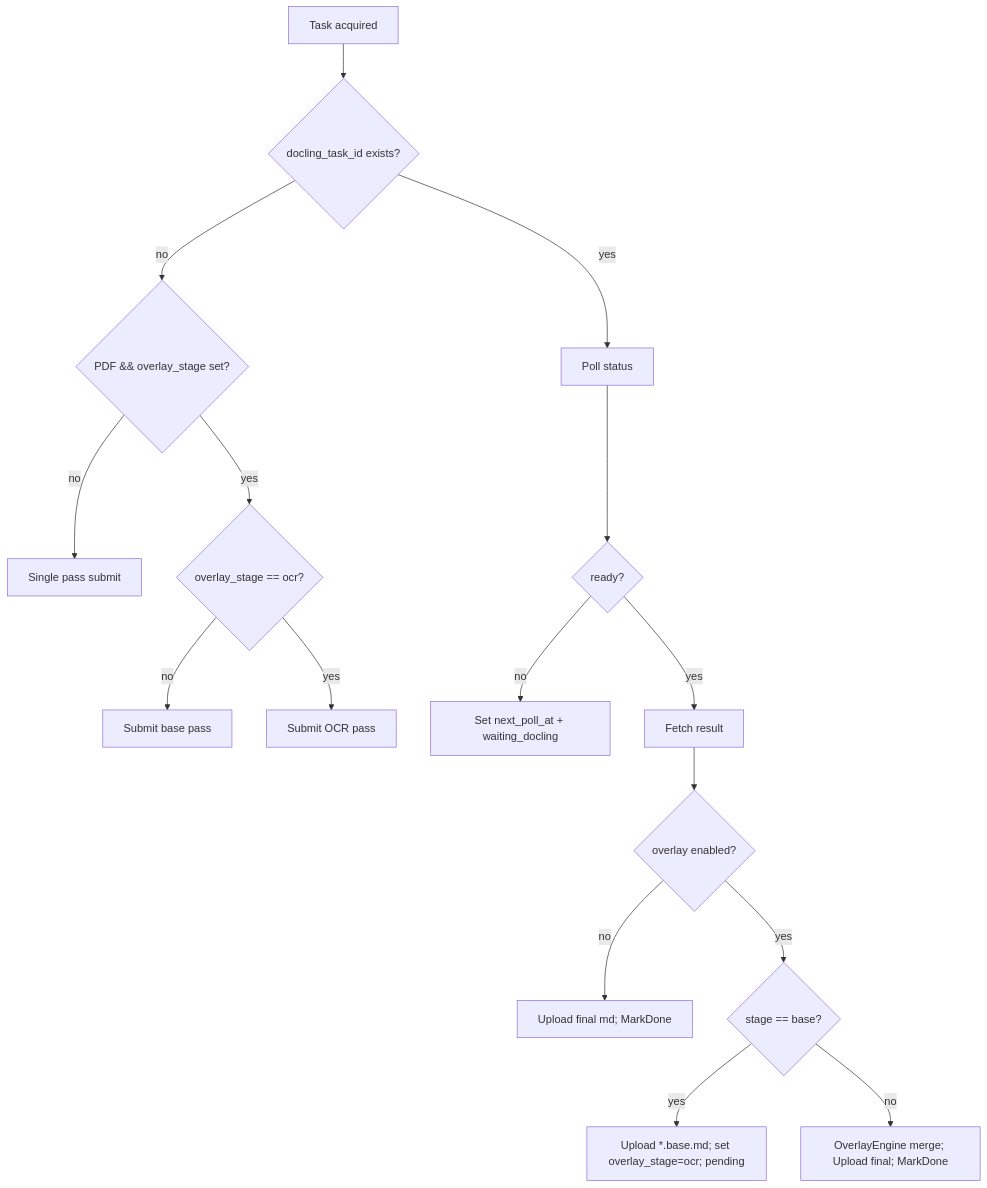
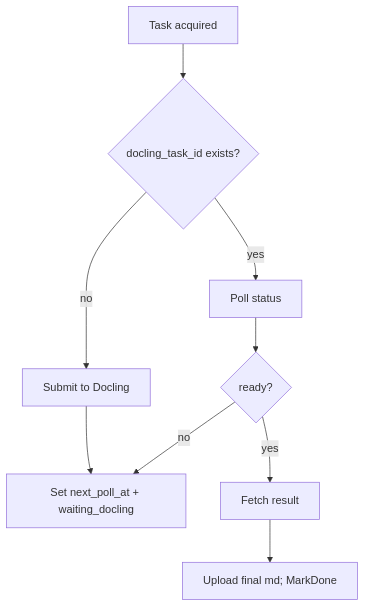
Before and after one commit to FedorovTeam/mono-repo: the third of 3 diagrams in backend/docling-transformer-service/task.md, drawn with Mermaid. The commit also changed other lines of this file and 14 other files, not shown here.

````diff
--- a/backend/docling-transformer-service/task.md
+++ b/backend/docling-transformer-service/task.md
@@ -265,22 +198,14 @@
 ```mermaid
 flowchart TD
   A[Task acquired] --> B{docling_task_id exists?}
   B -- yes --> P[Poll status]
-  B -- no --> C{PDF && overlay_stage set?}
+  B -- no --> SUBMIT[Submit to Docling]
 
-  C -- no --> S[Single pass submit]
-  C -- yes --> D{overlay_stage == ocr?}
-  D -- no --> BASE[Submit base pass]
-  D -- yes --> OCR[Submit OCR pass]
-
+  SUBMIT --> WAIT[Set next_poll_at + waiting_docling]
   P --> E{ready?}
-  E -- no --> WAIT[Set next_poll_at + waiting_docling]
+  E -- no --> WAIT
   E -- yes --> R[Fetch result]
 
-  R --> F{overlay enabled?}
-  F -- no --> DONE1[Upload final md; MarkDone]
-  F -- yes --> G{stage == base?}
-  G -- yes --> SAVEBASE[Upload *.base.md; set overlay_stage=ocr; pending]
-  G -- no --> MERGE[OverlayEngine merge; Upload final; MarkDone]
+  R --> DONE1[Upload final md; MarkDone]
 
 ```
````
